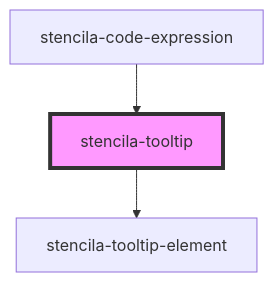
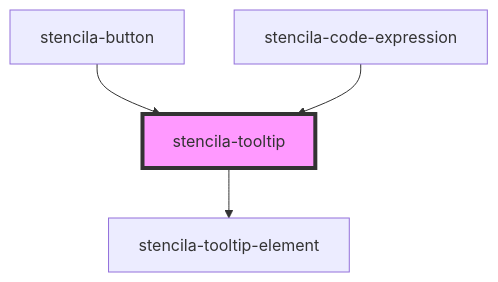
One commit to stencila/designa changed the diagram in packages/components/src/components/tooltip/readme.md. Above: the diagram before and after it, drawn with Mermaid. The commit also changed other lines of this file and 6 other files, not shown here.

Commit message:
feat(Button): Add ability to set a tooltip on stencila-button elements

````diff
--- a/packages/components/src/components/tooltip/readme.md
+++ b/packages/components/src/components/tooltip/readme.md
@@ -26,6 +27,7 @@
 ```mermaid
 graph TD;
   stencila-tooltip --> stencila-tooltip-element
+  stencila-button --> stencila-tooltip
   stencila-code-expression --> stencila-tooltip
   style stencila-tooltip fill:#f9f,stroke:#333,stroke-width:4px
 ```
````
